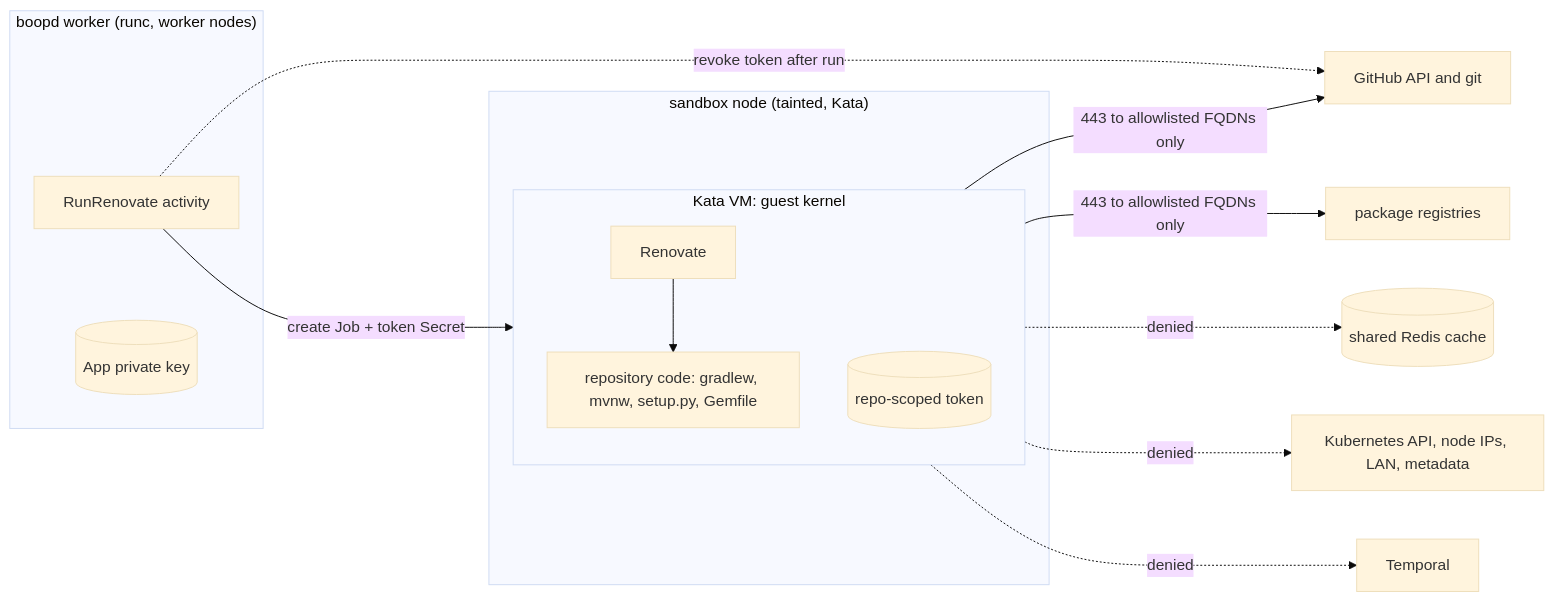
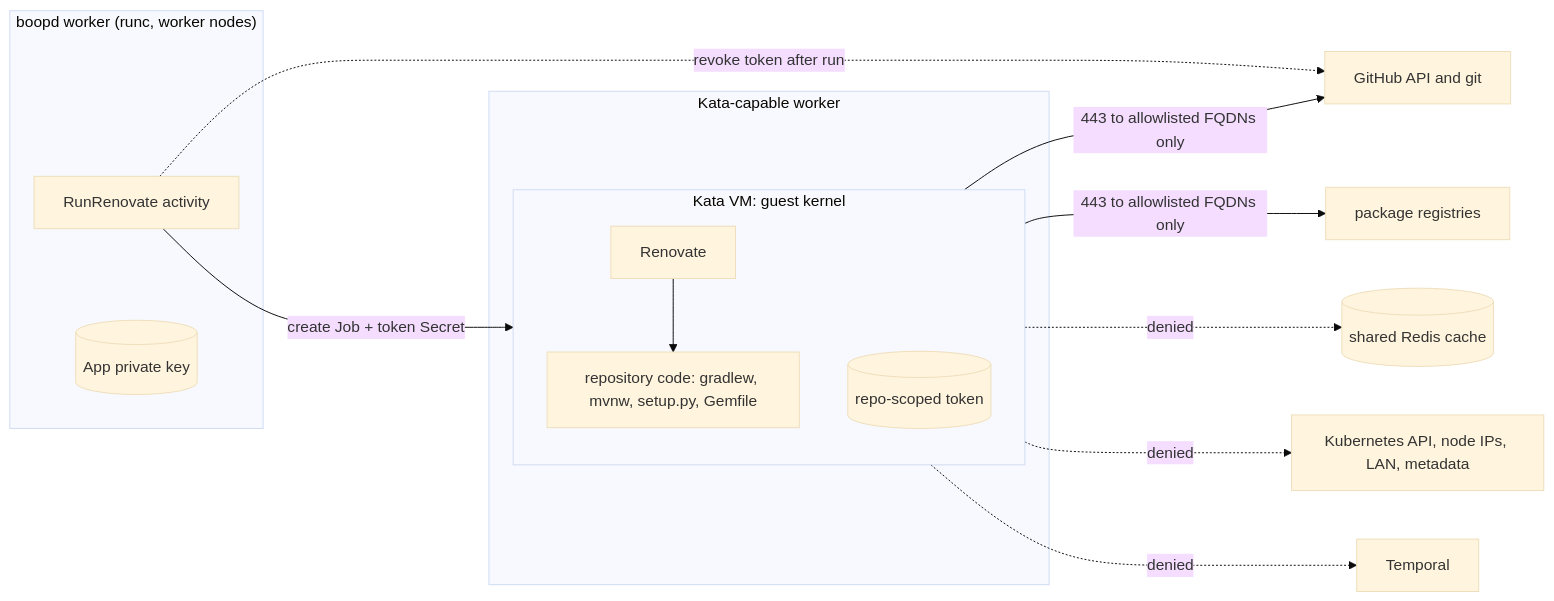
One commit to donaldgifford/boop changed the first of 3 diagrams in docs/design/0005-sandboxed-execution-of-repository-code-in-renovate-runs.md. Above: the diagram before and after it, drawn with Mermaid (base theme). The commit also changed other lines of this file and 2 other files, not shown here.

````diff
--- a/docs/design/0005-sandboxed-execution-of-repository-code-in-renovate-runs.md
+++ b/docs/design/0005-sandboxed-execution-of-repository-code-in-renovate-runs.md
@@ -243,20 +230,20 @@
 ```mermaid
 flowchart LR
   subgraph worker["boopd worker (runc, worker nodes)"]
     W[RunRenovate activity]
     KEY[(App private key)]
   end
-  subgraph sbx["sandbox node (tainted, Kata)"]
+  subgraph sbx["Kata-capable worker"]
     subgraph vm["Kata VM: guest kernel"]
       R[Renovate] --> X[repository code: gradlew, mvnw, setup.py, Gemfile]
       TOK[(repo-scoped token)]
     end
   end
   W -- "create Job + token Secret" --> vm
   W -. "revoke token after run" .-> GH
   vm -- "443 to allowlisted FQDNs only" --> GH[GitHub API and git]
   vm -- "443 to allowlisted FQDNs only" --> REG[package registries]
   vm -. "denied" .-> RED[(shared Redis cache)]
   vm -. "denied" .-> K8S[Kubernetes API, node IPs, LAN, metadata]
   vm -. "denied" .-> TMP[Temporal]
 ```
````
